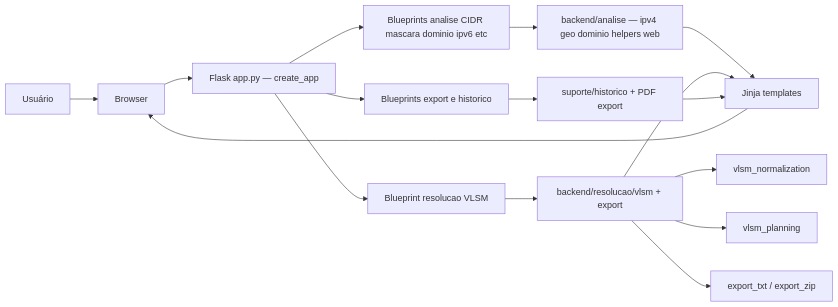
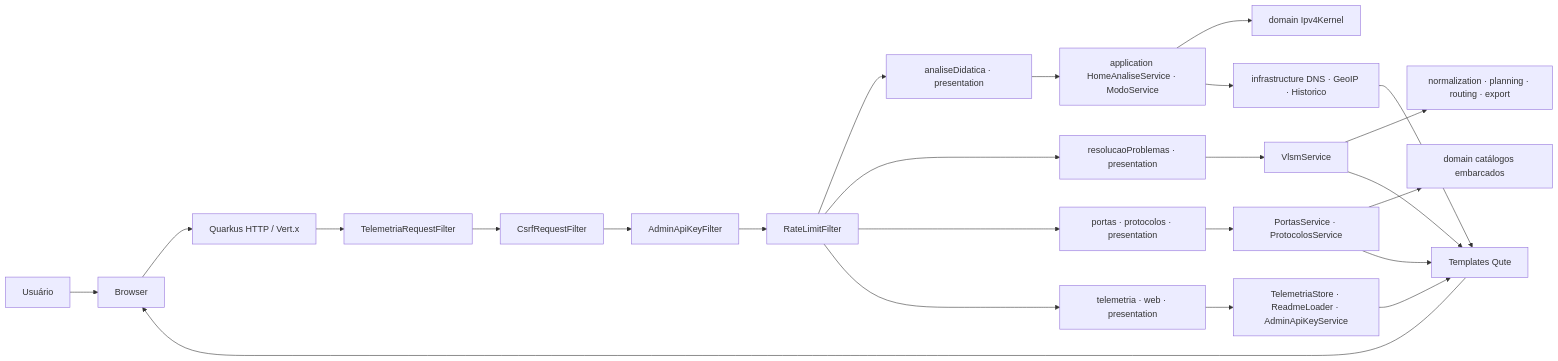
One commit to carmipa/framework-net-java-quarkus changed the first of 6 diagrams in src/main/resources/README.md. Above: the diagram before and after it, drawn with Mermaid. The commit also changed other lines of this file and 28 other files, not shown here.

Commit message:
feat: migrate Python-Flask networking framework to a modular Java 25 Quarkus monolith

````diff
--- a/src/main/resources/README.md
+++ b/src/main/resources/README.md
@@ -89,18 +154,26 @@
 ```mermaid
 flowchart LR
     U[Usuário] --> W[Browser]
-    W --> A[Flask app.py — create_app]
-    A --> R1[Blueprints analise CIDR mascara dominio ipv6 etc]
-    A --> R2[Blueprint resolucao VLSM]
-    A --> R3[Blueprints export e historico]
-    R1 --> S1[backend/analise — ipv4 geo dominio helpers web]
-    R2 --> S2[backend/resolucao/vlsm + export]
-    S2 --> S2A[vlsm_normalization]
-    S2 --> S2B[vlsm_planning]
-    S2 --> S2C[export_txt / export_zip]
-    R3 --> S3[suporte/historico + PDF export]
-    S1 --> T[Jinja templates]
-    S2 --> T
-    S3 --> T
+    W --> HTTP[Quarkus HTTP / Vert.x]
+    HTTP --> F1[TelemetriaRequestFilter]
+    F1 --> F2[CsrfRequestFilter]
+    F2 --> F3[AdminApiKeyFilter]
+    F3 --> F4[RateLimitFilter]
+    F4 --> R1[analiseDidatica · presentation]
+    F4 --> R2[resolucaoProblemas · presentation]
+    F4 --> R3[portas · protocolos · presentation]
+    F4 --> R4[telemetria · web · presentation]
+    R1 --> A1[application HomeAnaliseService · ModoService]
+    A1 --> D1[domain Ipv4Kernel]
+    A1 --> I1[infrastructure DNS · GeoIP · Historico]
+    R2 --> A2[VlsmService]
+    A2 --> A2a[normalization · planning · routing · export]
+    R3 --> A3[PortasService · ProtocolosService]
+    A3 --> D3[domain catálogos embarcados]
+    R4 --> A4[TelemetriaStore · ReadmeLoader · AdminApiKeyService]
+    I1 --> T[Templates Qute]
+    A2 --> T
+    A3 --> T
+    A4 --> T
     T --> W
 ```
````
